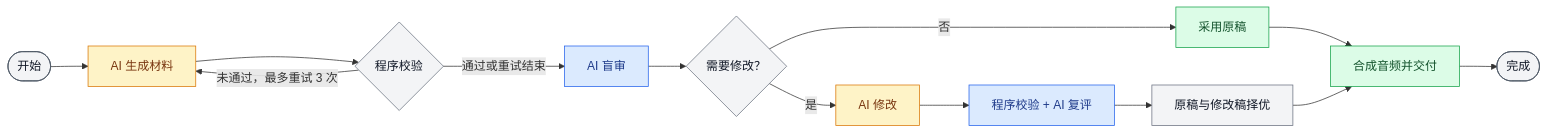
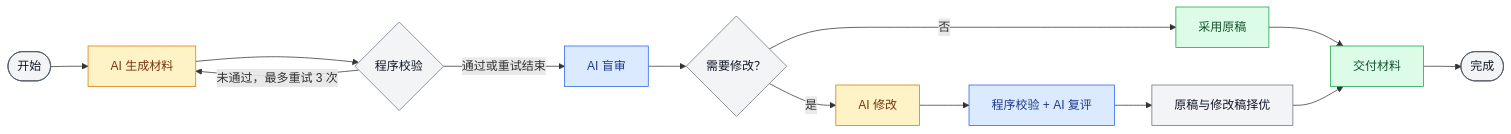
One commit to wanglingxiao123/ielts-part1-generator changed the second of 2 diagrams in README.md. Above: the diagram before and after it, drawn with Mermaid. The commit also changed other lines of this file, not shown here.

````diff
--- a/README.md
+++ b/README.md
@@ -103,27 +77,27 @@
 ```mermaid
 flowchart LR
     S(["开始"]) --> G["AI 生成材料"]
     G --> V{"程序校验"}
     V -- "未通过，最多重试 3 次" --> G
     V -- "通过或重试结束" --> A["AI 盲审"]
     A --> X{"需要修改？"}
     X -- "否" --> P["采用原稿"]
     X -- "是" --> R["AI 修改"]
     R --> C["程序校验 + AI 复评"]
     C --> B["原稿与修改稿择优"]
-    P --> D["合成音频并交付"]
+    P --> D["交付材料"]
     B --> D
     D --> E(["完成"])
 
     classDef startEnd fill:#f3f4f6,stroke:#4b5563,color:#111827;
     classDef generate fill:#fef3c7,stroke:#d97706,color:#78350f;
     classDef audit fill:#dbeafe,stroke:#2563eb,color:#1e3a8a;
     classDef decision fill:#f3f4f6,stroke:#6b7280,color:#111827;
     classDef delivery fill:#dcfce7,stroke:#16a34a,color:#14532d;
 
     class S,E startEnd;
     class G,R generate;
     class A,C audit;
     class V,X,B decision;
     class P,D delivery;
 ```
````
